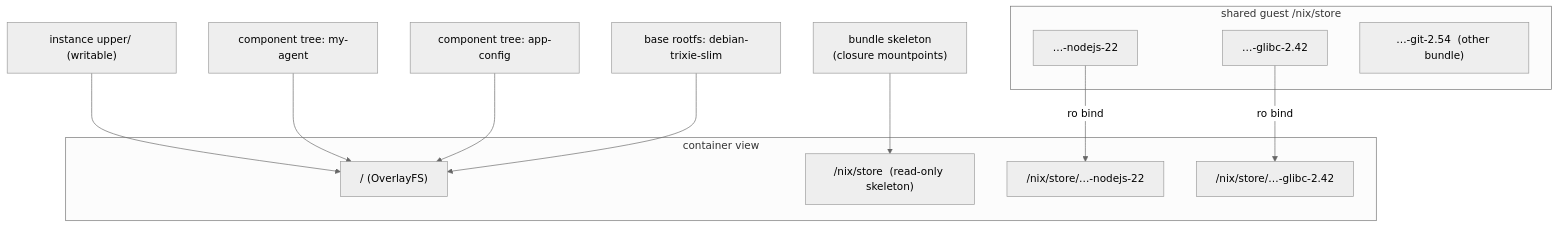
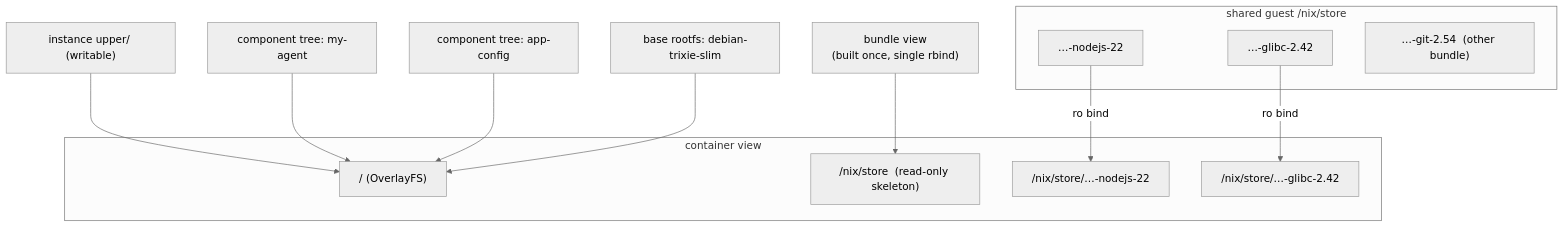
Before and after one commit to AkaraChen/open-agent-runtime: the sixth of 9 diagrams in docs/architecture.md, drawn with Mermaid (neutral theme). The commit also changed other lines of this file and 9 other files, not shown here.

Commit message:
Store view built once per bundle by the agent and bound with a single rbind (restores runc create time in VMs); unmount views on shutdown

````diff
--- a/docs/architecture.md
+++ b/docs/architecture.md
@@ -194,21 +194,21 @@
 ```mermaid
 flowchart TB
     subgraph View["container view"]
         ROOT["/  (OverlayFS)"]
         NS["/nix/store  (read-only skeleton)"]
         P1["/nix/store/…-nodejs-22"]
         P2["/nix/store/…-glibc-2.42"]
     end
     UP["instance upper/ (writable)"] --> ROOT
     C1["component tree: my-agent"] --> ROOT
     C2["component tree: app-config"] --> ROOT
     BASE["base rootfs: debian-trixie-slim"] --> ROOT
-    SK["bundle skeleton<br/>(closure mountpoints)"] --> NS
+    SK["bundle view<br/>(built once, single rbind)"] --> NS
     subgraph Shared["shared guest /nix/store"]
         S1["…-nodejs-22"]
         S2["…-glibc-2.42"]
         S3["…-git-2.54  (other bundle)"]
     end
     S1 -- "ro bind" --> P1
     S2 -- "ro bind" --> P2
 ```
````
